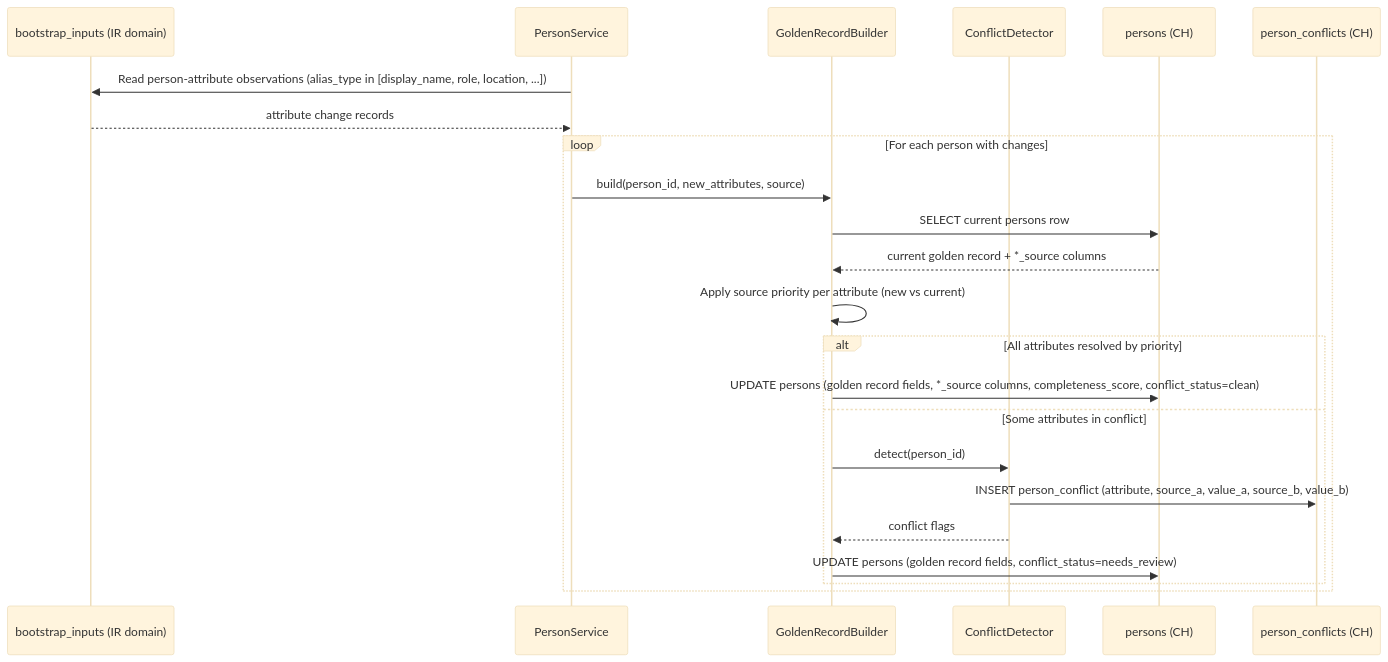
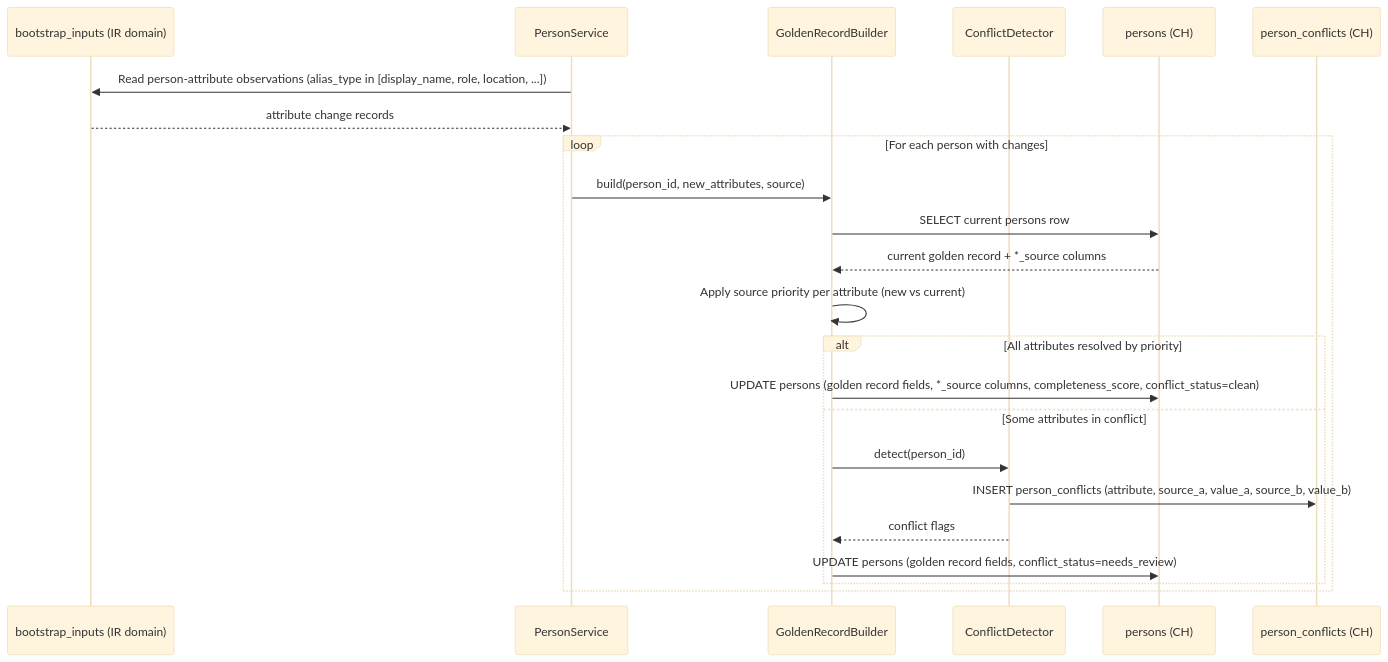
One commit to cyberfabric/insight-spec changed the first of 2 diagrams in docs/domain/person/specs/DESIGN.md. Above: the diagram before and after it, drawn with Mermaid (base theme). The commit also changed other lines of this file and 3 other files, not shown here.

````diff
--- a/docs/domain/person/specs/DESIGN.md
+++ b/docs/domain/person/specs/DESIGN.md
@@ -370,27 +367,27 @@
 ```mermaid
 sequenceDiagram
     participant BI as bootstrap_inputs (IR domain)
     participant PS as PersonService
     participant GRB as GoldenRecordBuilder
     participant CD as ConflictDetector
     participant P as persons (CH)
     participant PC as person_conflicts (CH)
 
     PS ->> BI: Read person-attribute observations (alias_type in [display_name, role, location, ...])
     BI -->> PS: attribute change records
 
     loop For each person with changes
         PS ->> GRB: build(person_id, new_attributes, source)
         GRB ->> P: SELECT current persons row
         P -->> GRB: current golden record + *_source columns
         GRB ->> GRB: Apply source priority per attribute (new vs current)
         alt All attributes resolved by priority
             GRB ->> P: UPDATE persons (golden record fields, *_source columns, completeness_score, conflict_status=clean)
         else Some attributes in conflict
             GRB ->> CD: detect(person_id)
-            CD ->> PC: INSERT person_conflict (attribute, source_a, value_a, source_b, value_b)
+            CD ->> PC: INSERT person_conflicts (attribute, source_a, value_a, source_b, value_b)
             CD -->> GRB: conflict flags
             GRB ->> P: UPDATE persons (golden record fields, conflict_status=needs_review)
         end
     end
 ```
````
